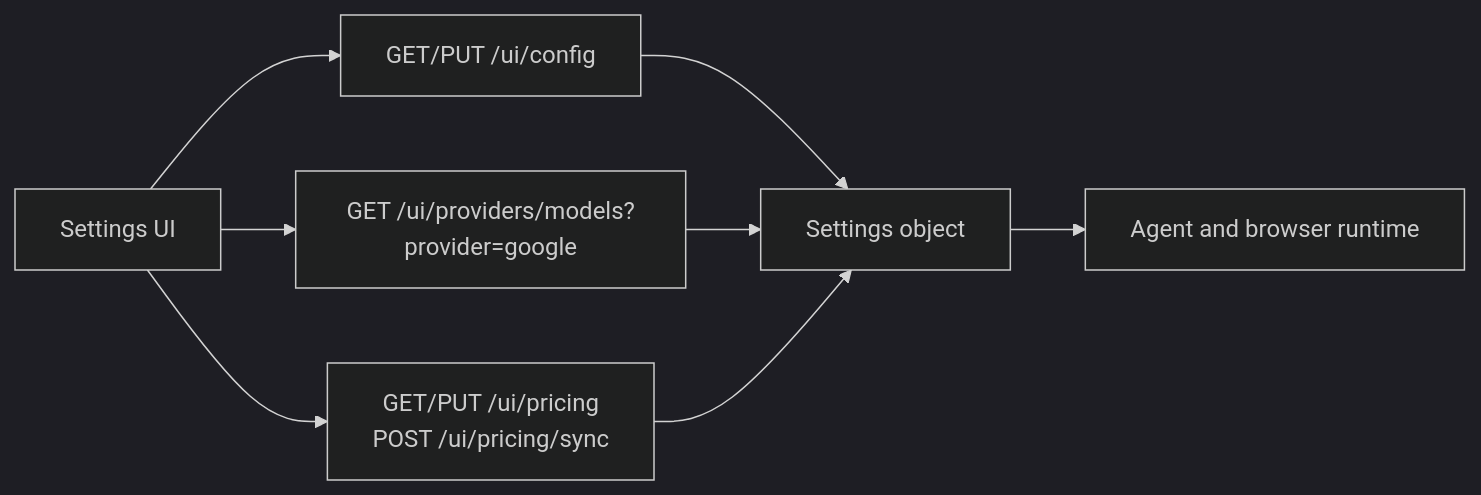
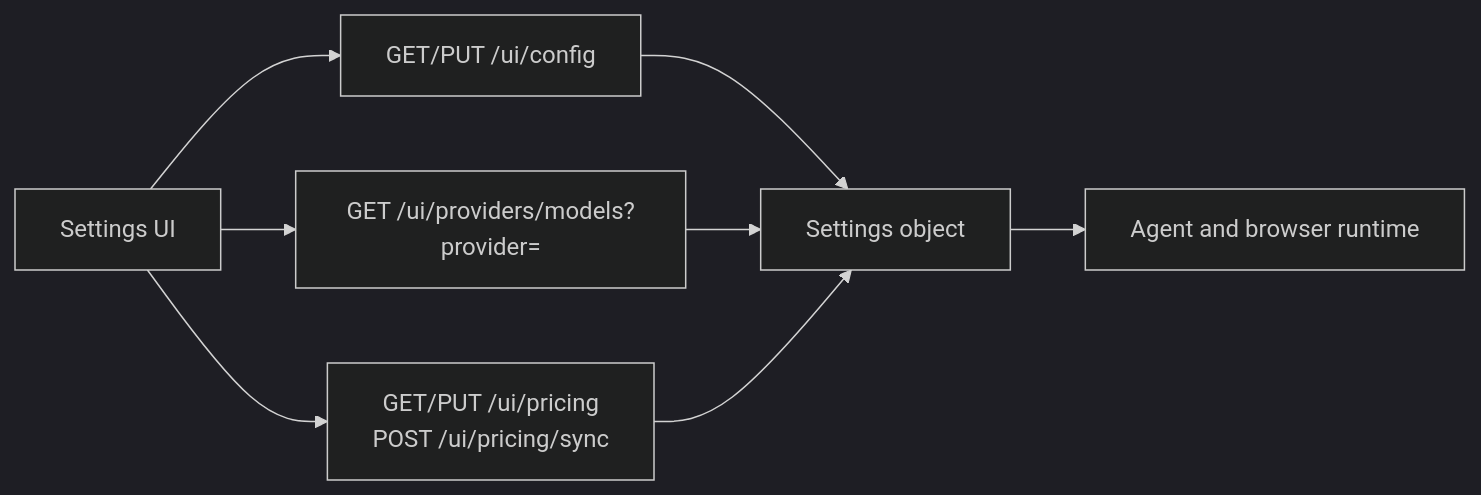
One commit to arfaouiahmed1/Open-Web-Catcher changed the sixth of 6 diagrams in docs/api/fastapi.md. Above: the diagram before and after it, drawn with Mermaid (dark theme). The commit also changed other lines of this file and 13 other files, not shown here.

````diff
--- a/docs/api/fastapi.md
+++ b/docs/api/fastapi.md
@@ -246,13 +246,13 @@
 ```mermaid
 flowchart LR
   UI["Settings UI"]
   Config["GET/PUT /ui/config"]
-  ProviderModels["GET /ui/providers/models?provider=google"]
+  ProviderModels["GET /ui/providers/models?provider=<id>"]
   Pricing["GET/PUT /ui/pricing<br/>POST /ui/pricing/sync"]
   Settings["Settings object"]
   Runtime["Agent and browser runtime"]
 
   UI --> Config --> Settings --> Runtime
   UI --> ProviderModels --> Settings
   UI --> Pricing --> Settings
 ```
````
